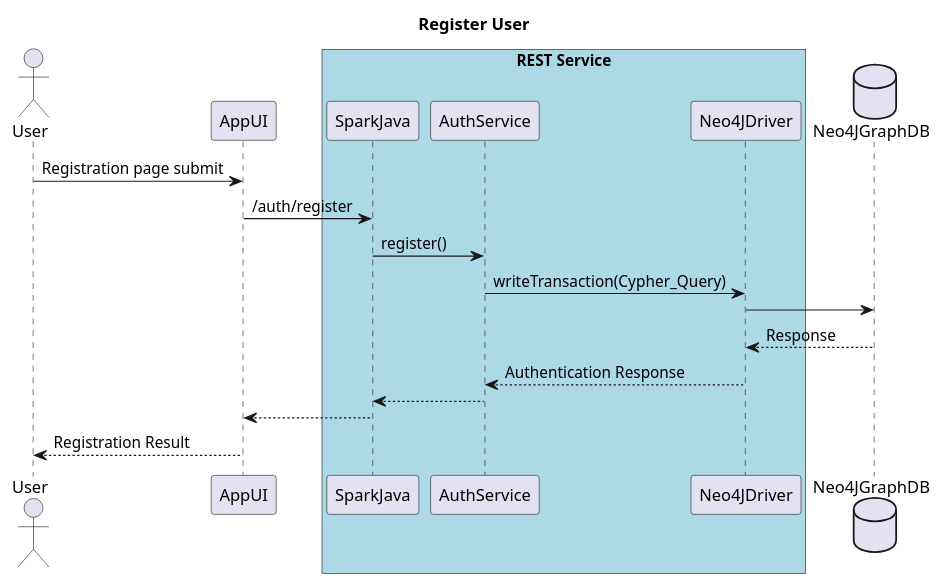
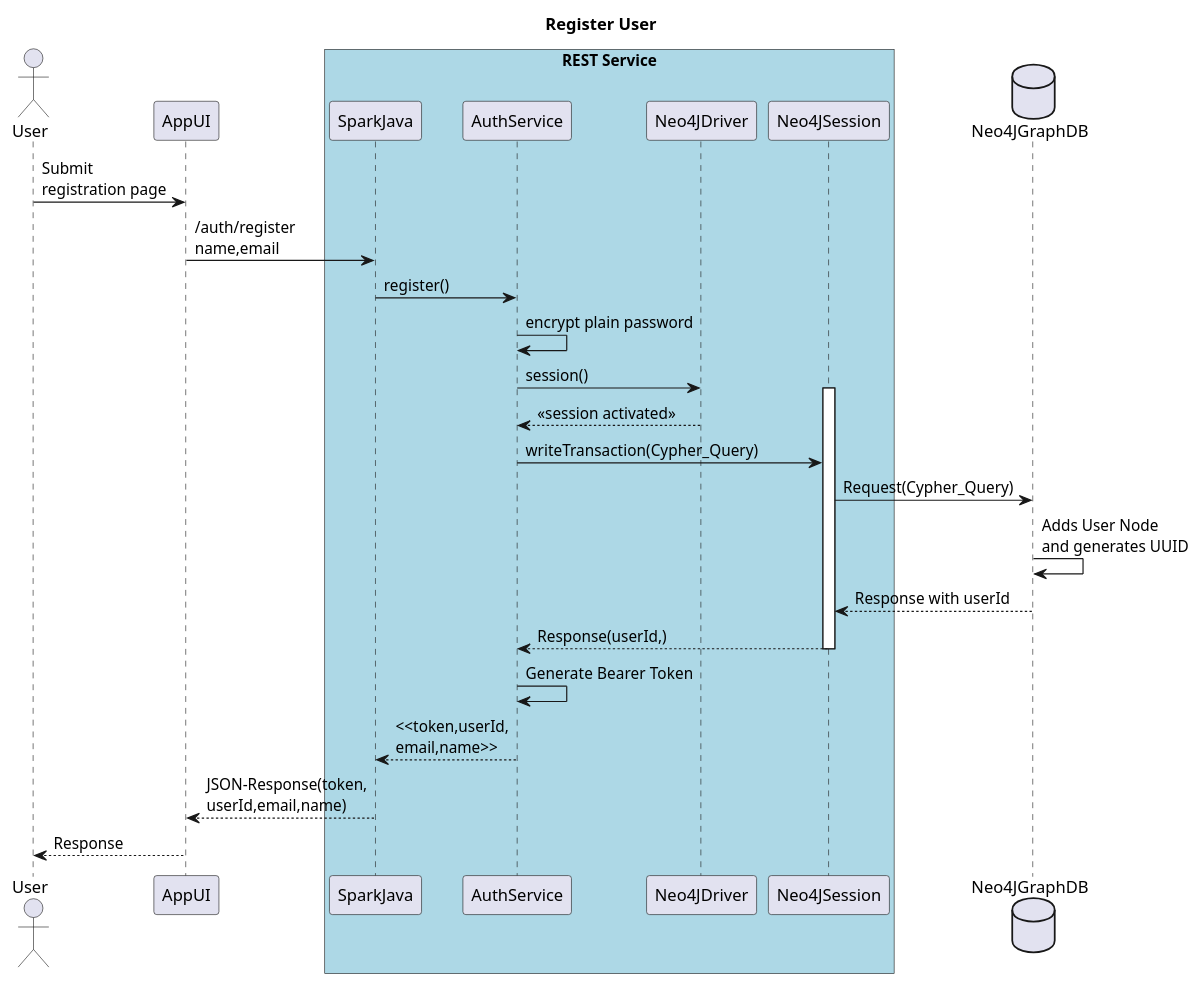
Before and after one commit to ozdemirht/study: the diagram in neo4j/java/project_1/app-java-main/docs/register-user.puml, drawn with PlantUML. The commit also changed 2 other files, not shown here.

Commit message:
Revised sequence diagram

```diff
--- a/neo4j/java/project_1/app-java-main/docs/register-user.puml
+++ b/neo4j/java/project_1/app-java-main/docs/register-user.puml
@@ -1,28 +1,36 @@
 @startuml
 
 title "Register User"
 
 actor User as User
 participant AppUI as AppUI
 
 box "REST Service" #LightBlue
 participant SparkJava as SparkJava
 participant AuthService as AuthService
 participant Neo4JDriver as Neo4JDriver
+participant Neo4JSession as Neo4JSession
 end box
 
 database Neo4JGraphDB as Neo4JGraphDB
 
-User -> AppUI: Registration page submit
-AppUI -> SparkJava: /auth/register
+User -> AppUI: Submit \nregistration page
+AppUI -> SparkJava: /auth/register\nname,email
 SparkJava -> AuthService : register()
-AuthService -> Neo4JDriver : writeTransaction(Cypher_Query)
-Neo4JDriver -> Neo4JGraphDB
+AuthService -> AuthService : encrypt plain password
+AuthService -> Neo4JDriver : session()
+activate Neo4JSession
+Neo4JDriver-->AuthService : <<session activated>>
 
-Neo4JGraphDB --> Neo4JDriver: Response
-Neo4JDriver --> AuthService: Authentication Response
-AuthService --> SparkJava
-SparkJava --> AppUI:
-AppUI --> User: Registration Result
+AuthService -> Neo4JSession : writeTransaction(Cypher_Query)
+Neo4JSession -> Neo4JGraphDB: Request(Cypher_Query)
+Neo4JGraphDB -> Neo4JGraphDB: Adds User Node \nand generates UUID
+Neo4JGraphDB --> Neo4JSession: Response with userId
+Neo4JSession --> AuthService:  Response(userId,)
+deactivate Neo4JSession
+AuthService -> AuthService : Generate Bearer Token
+AuthService --> SparkJava : <<token,userId,\nemail,name>>
+SparkJava --> AppUI: JSON-Response(token,\nuserId,email,name)
+AppUI --> User: Response
 
 @enduml
```
